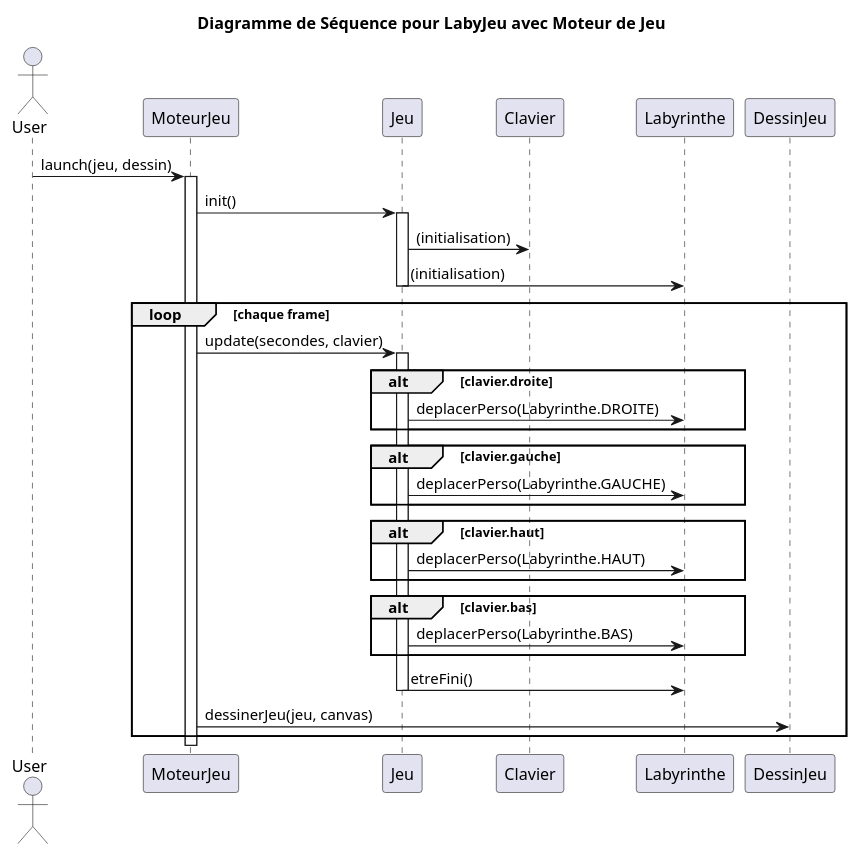
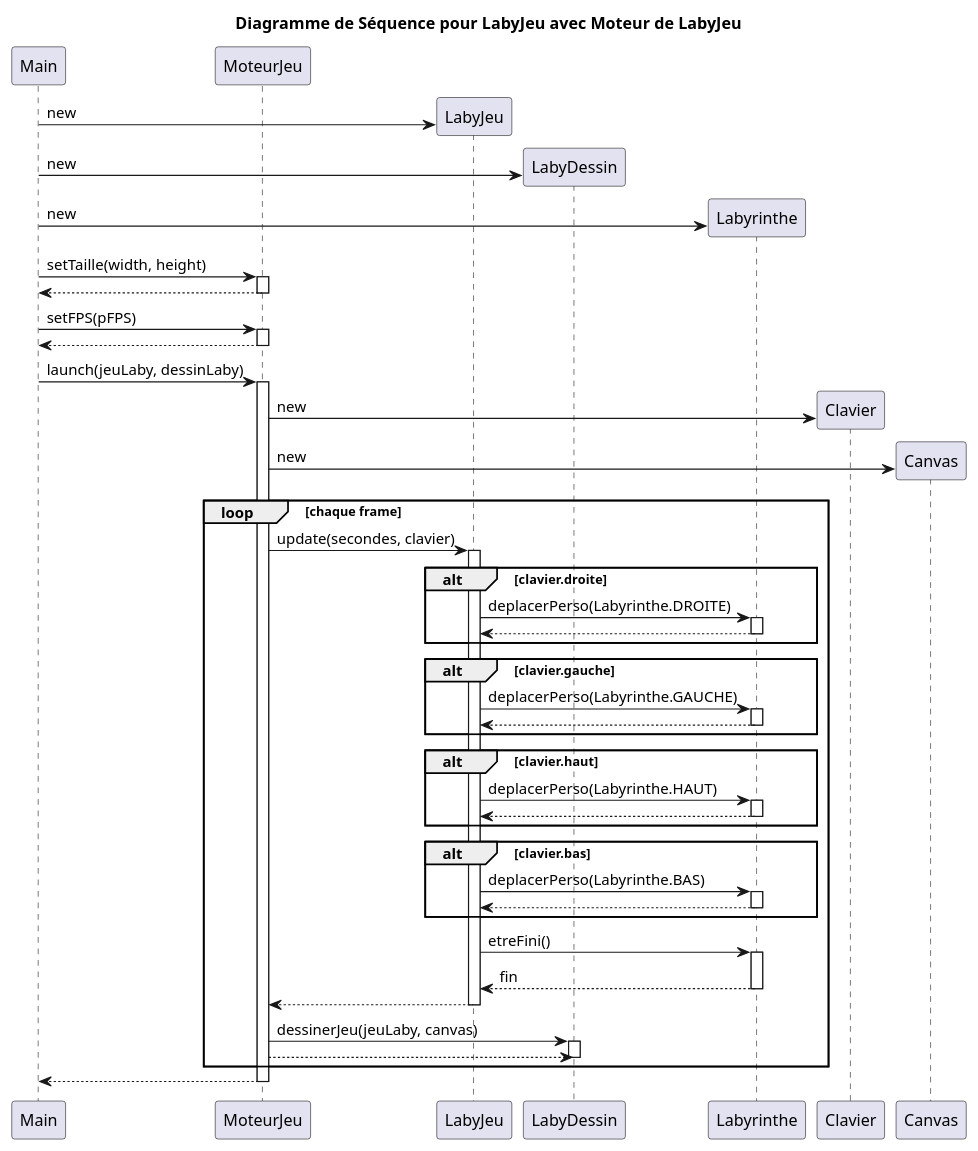
Before and after one commit to adrienMGN/2024_Zeldiablo_mangin225u_dewasch2u_favier36u_fontaine_noel332u: the diagram in zeldiablo/src/gameLaby/Fonctionnement_Sequence.puml, drawn with PlantUML. The commit also changed 2 other files, not shown here.

Commit message:
diagrammes preparation

```diff
--- a/zeldiablo/src/gameLaby/Fonctionnement_Sequence.puml
+++ b/zeldiablo/src/gameLaby/Fonctionnement_Sequence.puml
@@ -1,47 +1,83 @@
 @startuml
-title Diagramme de Séquence pour LabyJeu avec Moteur de Jeu
+title Diagramme de Séquence pour LabyJeu avec Moteur de LabyJeu
 
-actor User
 
+participant Main
 participant MoteurJeu
-participant Jeu
-participant Clavier
-participant Labyrinthe
-participant DessinJeu
 
-User -> MoteurJeu: launch(jeu, dessin)
+create LabyJeu
+Main -> LabyJeu: new
+
+create LabyDessin
+Main -> LabyDessin: new
+
+create Labyrinthe
+Main -> Labyrinthe: new
+
+Main -> MoteurJeu: setTaille(width, height)
 activate MoteurJeu
+Main <-- MoteurJeu
+deactivate MoteurJeu
 
-MoteurJeu -> Jeu: init()
-activate Jeu
-Jeu -> Clavier: (initialisation)
-Jeu -> Labyrinthe: (initialisation)
-deactivate Jeu
+Main -> MoteurJeu: setFPS(pFPS)
+activate MoteurJeu
+Main <-- MoteurJeu
+deactivate MoteurJeu
+
+Main -> MoteurJeu: launch(jeuLaby, dessinLaby)
+activate MoteurJeu
+create Clavier
+MoteurJeu -> Clavier: new
+
+create Canvas
+MoteurJeu -> Canvas: new
 
 loop chaque frame
-    MoteurJeu -> Jeu: update(secondes, clavier)
-    activate Jeu
+    MoteurJeu -> LabyJeu: update(secondes, clavier)
+    activate LabyJeu
 
     alt clavier.droite
-        Jeu -> Labyrinthe: deplacerPerso(Labyrinthe.DROITE)
+        LabyJeu -> Labyrinthe: deplacerPerso(Labyrinthe.DROITE)
+        activate Labyrinthe
+        LabyJeu <-- Labyrinthe
+        deactivate Labyrinthe
     end
 
     alt clavier.gauche
-        Jeu -> Labyrinthe: deplacerPerso(Labyrinthe.GAUCHE)
+        LabyJeu -> Labyrinthe: deplacerPerso(Labyrinthe.GAUCHE)
+        activate Labyrinthe
+        LabyJeu <-- Labyrinthe
+        deactivate Labyrinthe
     end
 
     alt clavier.haut
-        Jeu -> Labyrinthe: deplacerPerso(Labyrinthe.HAUT)
+        LabyJeu -> Labyrinthe: deplacerPerso(Labyrinthe.HAUT)
+        activate Labyrinthe
+        LabyJeu <-- Labyrinthe
+        deactivate Labyrinthe
     end
 
     alt clavier.bas
-        Jeu -> Labyrinthe: deplacerPerso(Labyrinthe.BAS)
+        LabyJeu -> Labyrinthe: deplacerPerso(Labyrinthe.BAS)
+        activate Labyrinthe
+        LabyJeu <-- Labyrinthe
+        deactivate Labyrinthe
     end
 
-    Jeu -> Labyrinthe: etreFini()
-    deactivate Jeu
+    LabyJeu -> Labyrinthe: etreFini()
+    activate Labyrinthe
+    LabyJeu <-- Labyrinthe : fin
+    deactivate Labyrinthe
+    MoteurJeu <-- LabyJeu
+    deactivate LabyJeu
 
-    MoteurJeu -> DessinJeu: dessinerJeu(jeu, canvas)
+    MoteurJeu -> LabyDessin: dessinerJeu(jeuLaby, canvas)
+    activate LabyDessin
+    LabyDessin <-- MoteurJeu
+    deactivate LabyDessin
+
 end
+Main <-- MoteurJeu
+deactivate MoteurJeu
 
 @enduml
```
